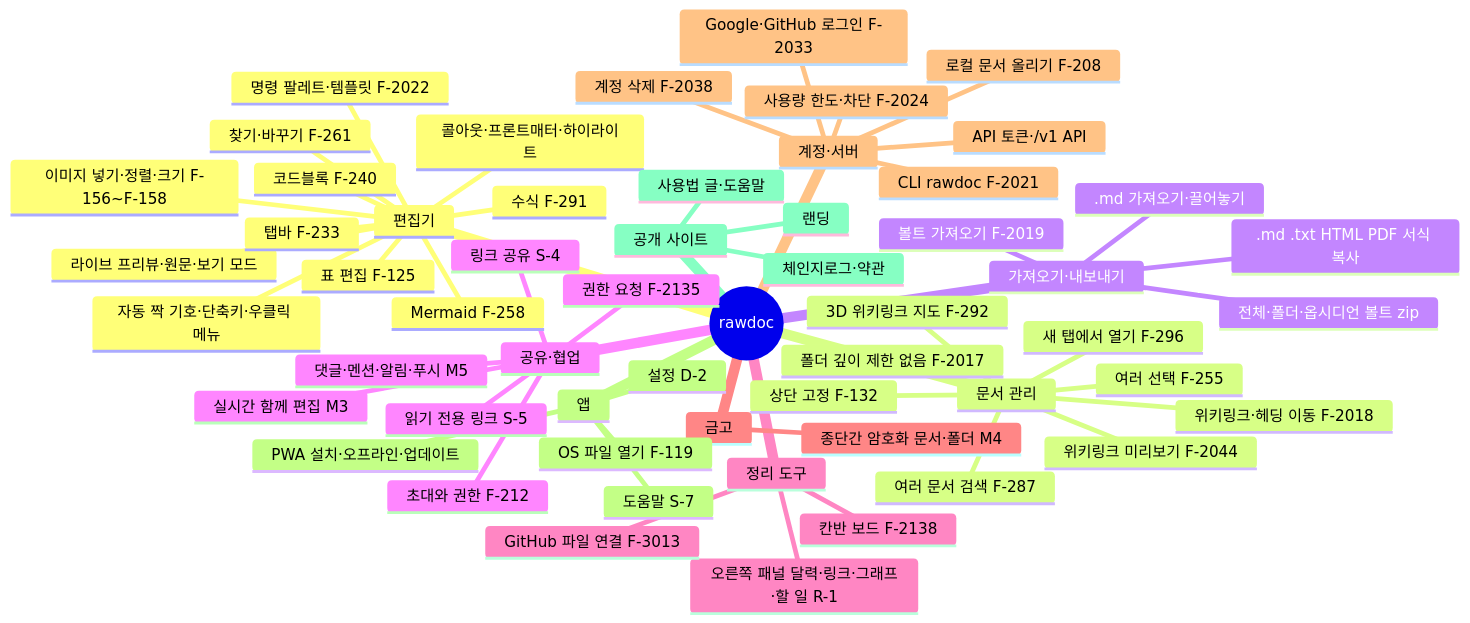
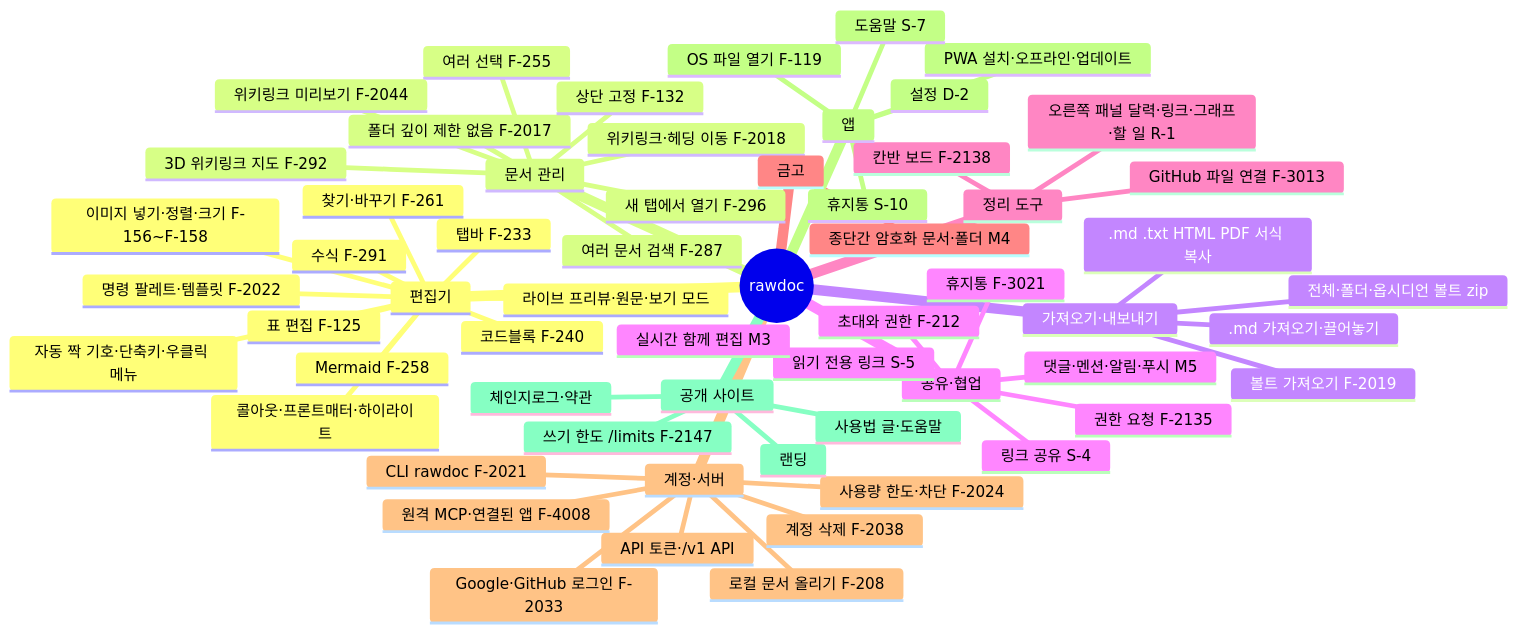
One commit to R00neyj/rawdoc changed the fifth of 5 diagrams in specs/map.md. Above: the diagram before and after it, drawn with Mermaid. The commit also changed other lines of this file and 14 other files, not shown here.

Commit message:
휴지통·원격 MCP 갱신 대상 문서 반영

````diff
--- a/specs/map.md
+++ b/specs/map.md
@@ -165,59 +178,63 @@
 ```mermaid
 mindmap
   root((rawdoc))
     편집기
       라이브 프리뷰·원문·보기 모드
       표 편집 F-125
       코드블록 F-240
       수식 F-291
       Mermaid F-258
       이미지 넣기·정렬·크기 F-156~F-158
       콜아웃·프론트매터·하이라이트
       찾기·바꾸기 F-261
       자동 짝 기호·단축키·우클릭 메뉴
       탭바 F-233
       명령 팔레트·템플릿 F-2022
     문서 관리
       폴더 깊이 제한 없음 F-2017
       상단 고정 F-132
       여러 선택 F-255
       위키링크·헤딩 이동 F-2018
       위키링크 미리보기 F-2044
       여러 문서 검색 F-287
       3D 위키링크 지도 F-292
       새 탭에서 열기 F-296
     가져오기·내보내기
       .md 가져오기·끌어놓기
       볼트 가져오기 F-2019
       .md .txt HTML PDF 서식 복사
       전체·폴더·옵시디언 볼트 zip
     공유·협업
       링크 공유 S-4
       읽기 전용 링크 S-5
       초대와 권한 F-212
+      휴지통 F-3021
       실시간 함께 편집 M3
       댓글·멘션·알림·푸시 M5
       권한 요청 F-2135
     정리 도구
       칸반 보드 F-2138
       오른쪽 패널 달력·링크·그래프·할 일 R-1
       GitHub 파일 연결 F-3013
     금고
       종단간 암호화 문서·폴더 M4
     계정·서버
       Google·GitHub 로그인 F-2033
       로컬 문서 올리기 F-208
       API 토큰·/v1 API
       CLI rawdoc F-2021
       사용량 한도·차단 F-2024
       계정 삭제 F-2038
+      원격 MCP·연결된 앱 F-4008
     앱
       PWA 설치·오프라인·업데이트
       OS 파일 열기 F-119
       설정 D-2
       도움말 S-7
+      휴지통 S-10
     공개 사이트
       랜딩
       사용법 글·도움말
       체인지로그·약관
+      쓰기 한도 /limits F-2147
 ```
````
